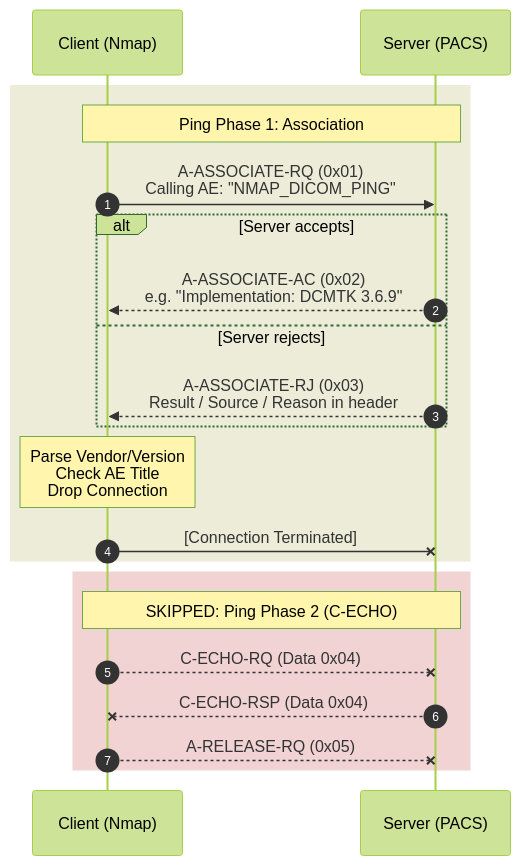
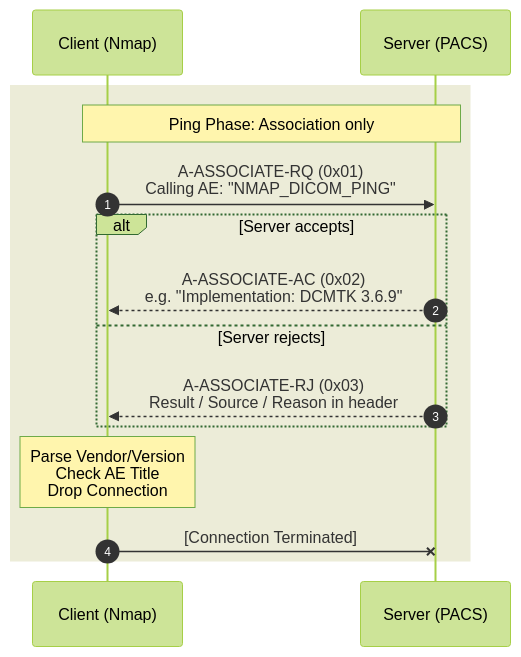
One commit to tmart234/tmart234.github.io changed the diagram in _posts/2026-04-09-nmap-dicom.md. Above: the diagram before and after it, drawn with Mermaid (forest theme). The commit also changed other lines of this file, not shown here.

```diff
--- a/_posts/2026-04-09-nmap-dicom.md
+++ b/_posts/2026-04-09-nmap-dicom.md
@@ -117,25 +121,18 @@
 <div class="mermaid">
 sequenceDiagram
     autonumber
     participant C as Client (Nmap)
     participant S as Server (PACS)
 
     rect rgba(180, 180, 100, 0.25)
-    Note over C,S: Ping Phase 1: Association
+    Note over C,S: Ping Phase: Association only
     C->>S: A-ASSOCIATE-RQ (0x01)<br/>Calling AE: "NMAP_DICOM_PING"
     alt Server accepts
         S-->>C: A-ASSOCIATE-AC (0x02)<br/>e.g. "Implementation: DCMTK 3.6.9"
     else Server rejects
         S-->>C: A-ASSOCIATE-RJ (0x03)<br/>Result / Source / Reason in header
     end
     Note over C: Parse Vendor/Version<br/>Check AE Title<br/>Drop Connection
     C-xS: [Connection Terminated]
     end
-
-    rect rgba(200, 80, 80, 0.25)
-    Note over C,S: SKIPPED: Ping Phase 2 (C-ECHO)
-    C--xS: C-ECHO-RQ (Data 0x04)
-    S--xC: C-ECHO-RSP (Data 0x04)
-    C--xS: A-RELEASE-RQ (0x05)
-    end
 </div>
```
